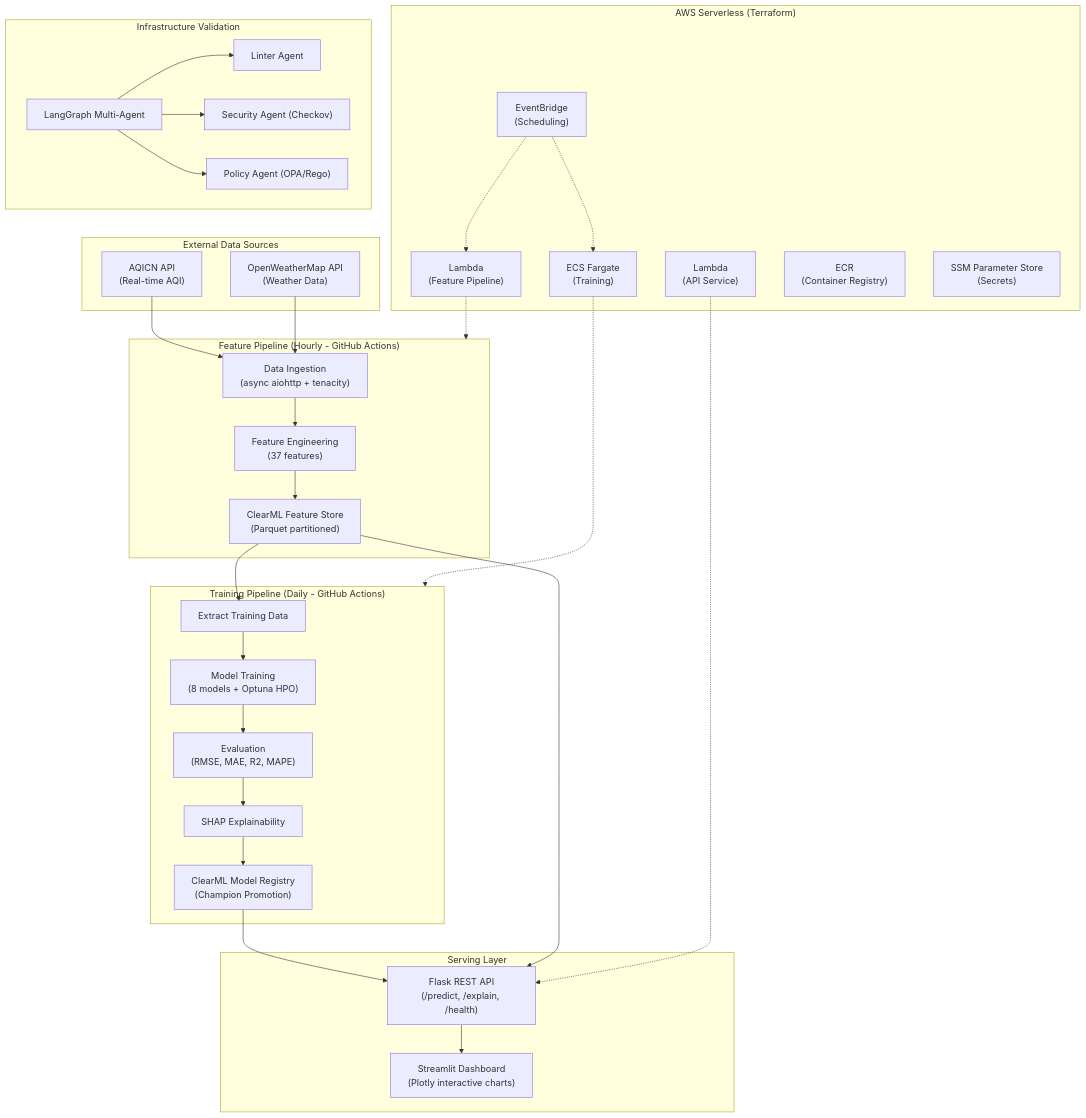
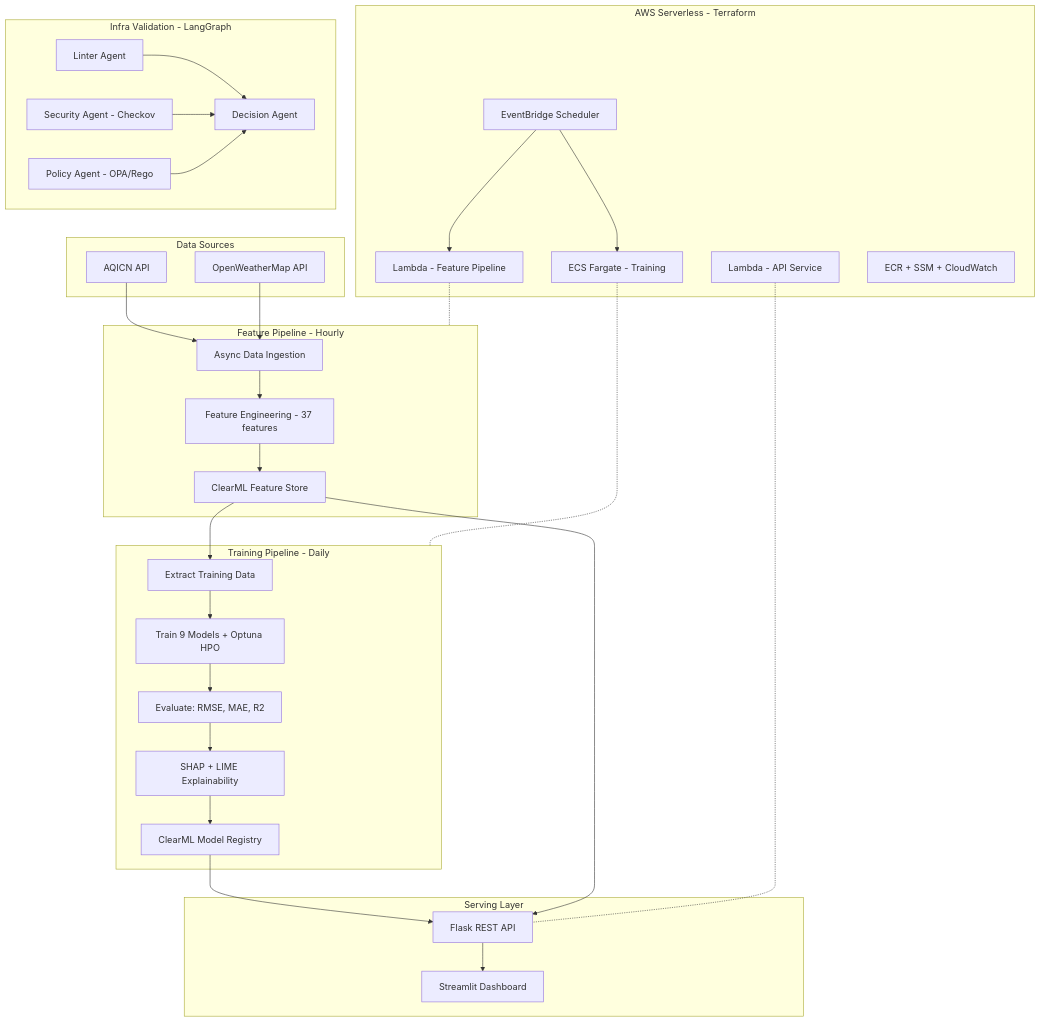
The first of 3 diagrams in README.md (Zain-ul-abdeen-773/AQI-Predictor), drawn with Mermaid before and after one commit. The commit also changed other lines of this file and 7 other files, not shown here.

Commit message:
feat: implement ClearML dataset management, SHAP interpretability, and modular pipeline configuration architectures.

````diff
--- a/README.md
+++ b/README.md
@@ -50,67 +50,66 @@
 ```mermaid
-graph TB
-    subgraph External["External Data Sources"]
-        AQICN["AQICN API<br/>(Real-time AQI)"]
-        OWM["OpenWeatherMap API<br/>(Weather Data)"]
+flowchart TB
+    subgraph Sources[Data Sources]
+        A1[AQICN API]
+        A2[OpenWeatherMap API]
     end
 
-    subgraph FeaturePipeline["Feature Pipeline (Hourly - GitHub Actions)"]
-        Ingest["Data Ingestion<br/>(async aiohttp + tenacity)"]
-        Transform["Feature Engineering<br/>(37 features)"]
-        Store["ClearML Feature Store<br/>(Parquet partitioned)"]
+    subgraph FP[Feature Pipeline - Hourly]
+        B1[Async Data Ingestion]
+        B2[Feature Engineering - 37 features]
+        B3[ClearML Feature Store]
     end
 
-    subgraph TrainingPipeline["Training Pipeline (Daily - GitHub Actions)"]
-        Extract["Extract Training Data"]
-        Train["Model Training<br/>(8 models + Optuna HPO)"]
-        Evaluate["Evaluation<br/>(RMSE, MAE, R2, MAPE)"]
-        SHAP["SHAP Explainability"]
-        Registry["ClearML Model Registry<br/>(Champion Promotion)"]
+    subgraph TP[Training Pipeline - Daily]
+        C1[Extract Training Data]
+        C2[Train 9 Models + Optuna HPO]
+        C3[Evaluate: RMSE, MAE, R2]
+        C4[SHAP + LIME Explainability]
+        C5[ClearML Model Registry]
     end
 
-    subgraph Serving["Serving Layer"]
-        Flask["Flask REST API<br/>(/predict, /explain, /health)"]
-        Streamlit["Streamlit Dashboard<br/>(Plotly interactive charts)"]
+    subgraph SV[Serving Layer]
+        D1[Flask REST API]
+        D2[Streamlit Dashboard]
     end
 
-    subgraph Infrastructure["AWS Serverless (Terraform)"]
-        Lambda1["Lambda<br/>(Feature Pipeline)"]
-        Lambda2["Lambda<br/>(API Service)"]
-        ECS["ECS Fargate<br/>(Training)"]
-        ECR["ECR<br/>(Container Registry)"]
-        EventBridge["EventBridge<br/>(Scheduling)"]
-        SSM["SSM Parameter Store<br/>(Secrets)"]
+    subgraph AWS[AWS Serverless - Terraform]
+        E1[Lambda - Feature Pipeline]
+        E2[Lambda - API Service]
+        E3[ECS Fargate - Training]
+        E4[EventBridge Scheduler]
+        E5[ECR + SSM + CloudWatch]
     end
 
-    subgraph Validation["Infrastructure Validation"]
-        LangGraph["LangGraph Multi-Agent"]
-        Linter["Linter Agent"]
-        Security["Security Agent (Checkov)"]
-        Policy["Policy Agent (OPA/Rego)"]
+    subgraph VA[Infra Validation - LangGraph]
+        F1[Linter Agent]
+        F2[Security Agent - Checkov]
+        F3[Policy Agent - OPA/Rego]
+        F4[Decision Agent]
     end
 
-    AQICN --> Ingest
-    OWM --> Ingest
-    Ingest --> Transform
-    Transform --> Store
+    A1 --> B1
+    A2 --> B1
+    B1 --> B2
+    B2 --> B3
 
-    Store --> Extract
-    Extract --> Train
-    Train --> Evaluate
-    Evaluate --> SHAP
-    SHAP --> Registry
+    B3 --> C1
+    C1 --> C2
+    C2 --> C3
+    C3 --> C4
+    C4 --> C5
 
-    Registry --> Flask
-    Store --> Flask
-    Flask --> Streamlit
+    C5 --> D1
+    B3 --> D1
+    D1 --> D2
 
-    Lambda1 -.-> FeaturePipeline
-    Lambda2 -.-> Flask
-    ECS -.-> TrainingPipeline
-    EventBridge -.-> Lambda1
-    EventBridge -.-> ECS
+    E4 --> E1
+    E4 --> E3
+    E1 -.- FP
+    E2 -.- D1
+    E3 -.- TP
 
-    LangGraph --> Linter
-    LangGraph --> Security
-    LangGraph --> Policy
+    F1 --> F4
+    F2 --> F4
+    F3 --> F4
 ```
````
